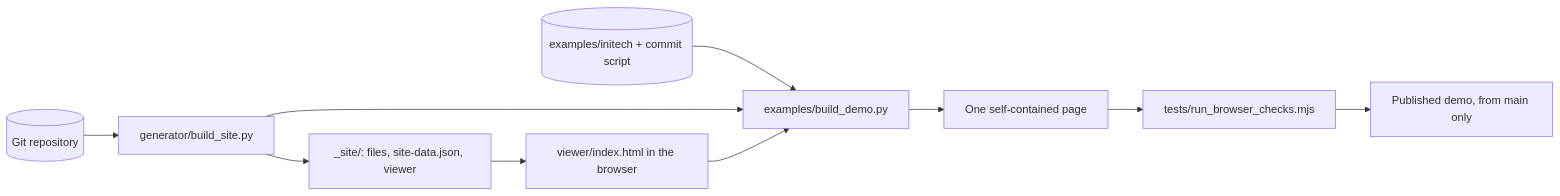
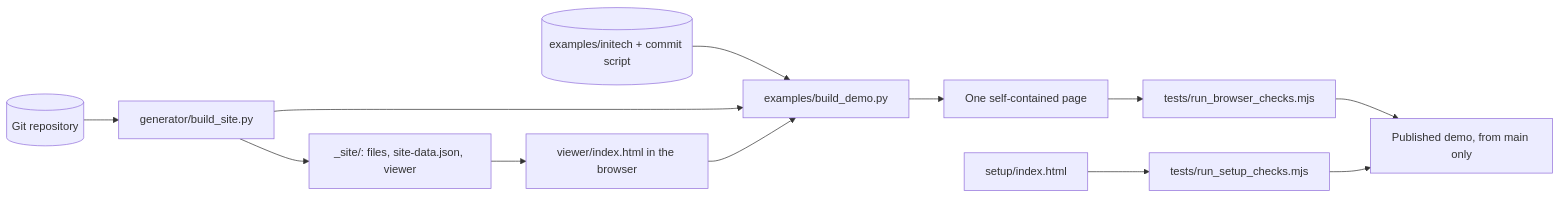
Before and after one commit to prisant-labs/repo-pages: the diagram in docs/architecture.md, drawn with Mermaid. The commit also changed other lines of this file and 10 other files, not shown here.

````diff
--- a/docs/architecture.md
+++ b/docs/architecture.md
@@ -10,12 +10,14 @@
 ```mermaid
 flowchart LR
     Repo[("Git repository")] --> Gen["generator/build_site.py"]
     Gen --> Site["_site/: files, site-data.json, viewer"]
     Site --> Viewer["viewer/index.html in the browser"]
     Sample[("examples/initech + commit script")] --> Demo["examples/build_demo.py"]
     Gen --> Demo
     Viewer --> Demo
     Demo --> Page["One self-contained page"]
     Page --> Checks["tests/run_browser_checks.mjs"]
     Checks --> Live["Published demo, from main only"]
+    Setup["setup/index.html"] --> SetupCheck["tests/run_setup_checks.mjs"]
+    SetupCheck --> Live
 ```
````
